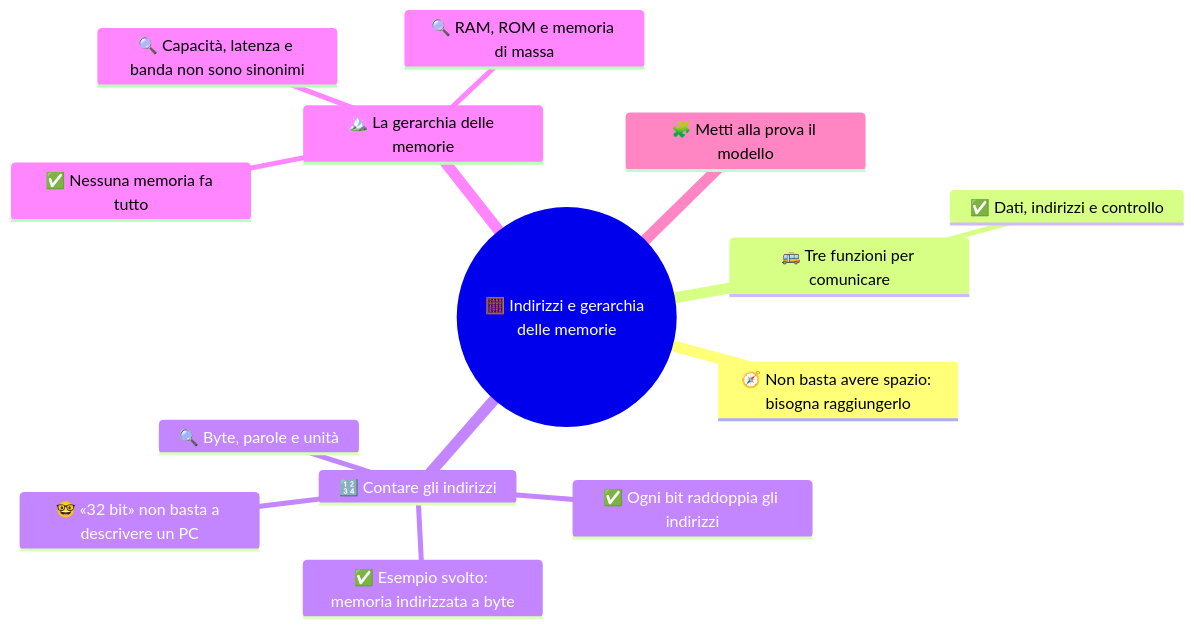
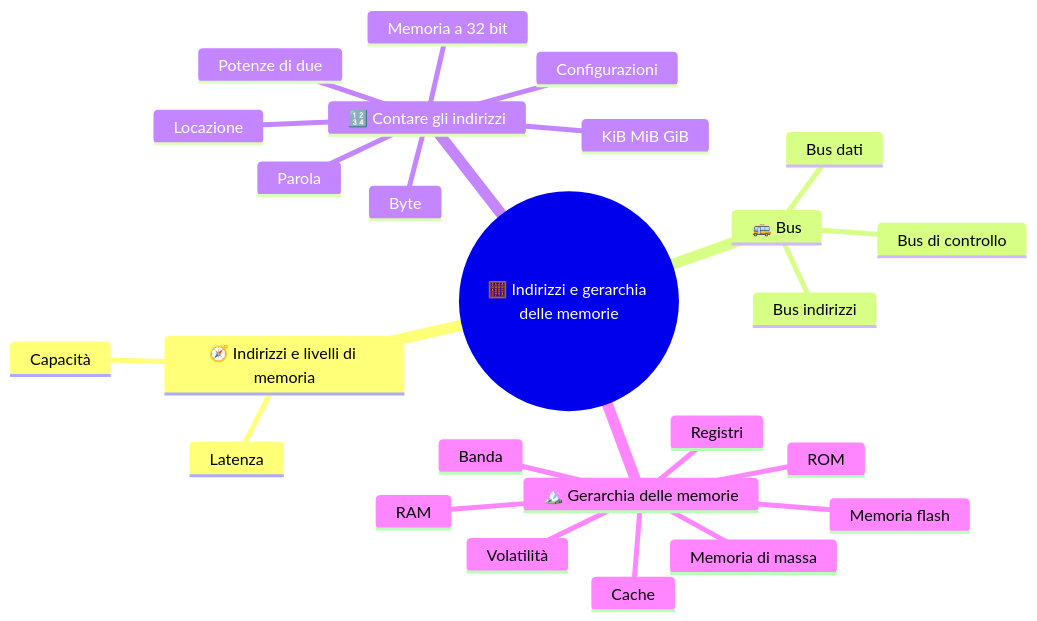
The diagram in 3EI - Sistemi e Reti/1 SETT-OTT/(STU) 3EI sett-ott S5 - Indirizzi e gerarchia delle memorie.md (Neeqstock/dispense-caramuel), drawn with Mermaid before and after one commit. The commit also changed other lines of this file and 45 other files, not shown here.

````diff
--- a/3EI - Sistemi e Reti/1 SETT-OTT/(STU) 3EI sett-ott S5 - Indirizzi e gerarchia delle memorie.md
+++ b/3EI - Sistemi e Reti/1 SETT-OTT/(STU) 3EI sett-ott S5 - Indirizzi e gerarchia delle memorie.md
@@ -7,17 +7,32 @@
 ```mermaid
+---
+config:
+  layout: tidy-tree
+---
 mindmap
   root((🧮 Indirizzi e gerarchia delle memorie))
-    🧭 Non basta avere spazio: bisogna raggiungerlo
-    🚌 Tre funzioni per comunicare
-      ✅ Dati, indirizzi e controllo
+    🧭 Indirizzi e livelli di memoria
+      Latenza
+      Capacità
+    🚌 Bus
+      Bus indirizzi
+      Bus dati
+      Bus di controllo
     🔢 Contare gli indirizzi
-      ✅ Ogni bit raddoppia gli indirizzi
-      ✅ Esempio svolto: memoria indirizzata a byte
-      🔍 Byte, parole e unità
-      🤓 «32 bit» non basta a descrivere un PC
-    🏔️ La gerarchia delle memorie
-      ✅ Nessuna memoria fa tutto
-      🔍 Capacità, latenza e banda non sono sinonimi
-      🔍 RAM, ROM e memoria di massa
-    🧩 Metti alla prova il modello
+      Configurazioni
+      Potenze di due
+      Locazione
+      Byte
+      Parola
+      KiB MiB GiB
+      Memoria a 32 bit
+    🏔️ Gerarchia delle memorie
+      Registri
+      Cache
+      RAM
+      Memoria di massa
+      Volatilità
+      Banda
+      ROM
+      Memoria flash
 ```
````
